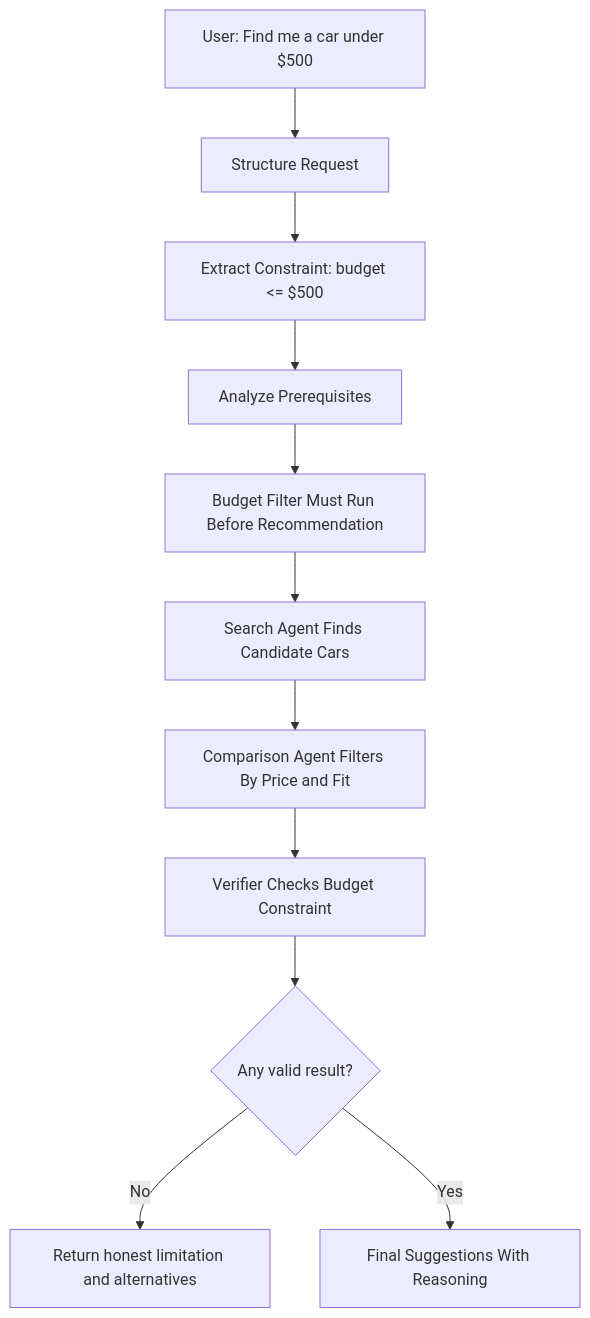
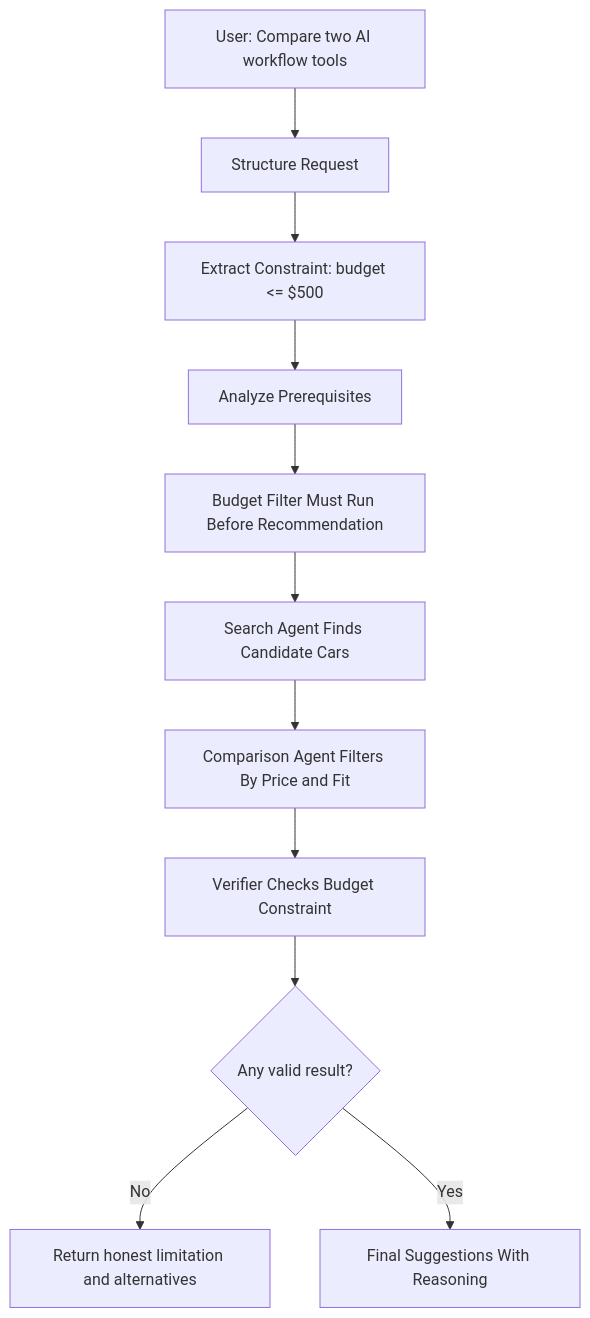
The fifth of 5 diagrams in docs/diagrams.md (Hassaan146/agentic-ai-workflow), drawn with Mermaid before and after one commit. The commit also changed other lines of this file and 28 other files, not shown here.

````diff
--- a/docs/diagrams.md
+++ b/docs/diagrams.md
@@ -83,13 +83,13 @@
 ```mermaid
 flowchart TD
-    A["User: Find me a car under $500"] --> B["Structure Request"]
+    A["User: Compare two AI workflow tools"] --> B["Structure Request"]
     B --> C["Extract Constraint: budget <= $500"]
     C --> D["Analyze Prerequisites"]
     D --> E["Budget Filter Must Run Before Recommendation"]
     E --> F["Search Agent Finds Candidate Cars"]
     F --> G["Comparison Agent Filters By Price and Fit"]
     G --> H["Verifier Checks Budget Constraint"]
     H --> I{"Any valid result?"}
     I -->|No| J["Return honest limitation and alternatives"]
     I -->|Yes| K["Final Suggestions With Reasoning"]
 ```
````
